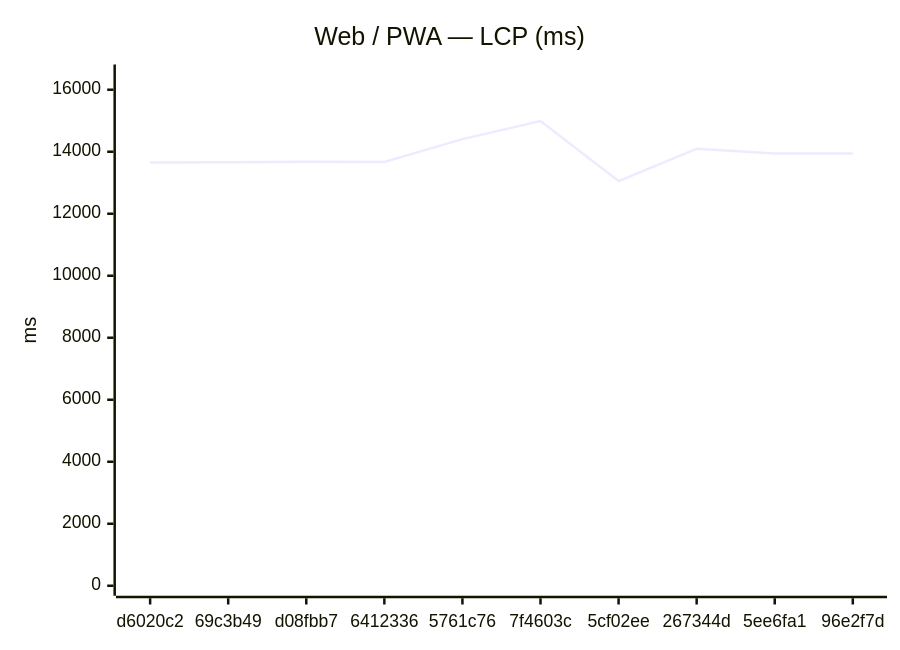
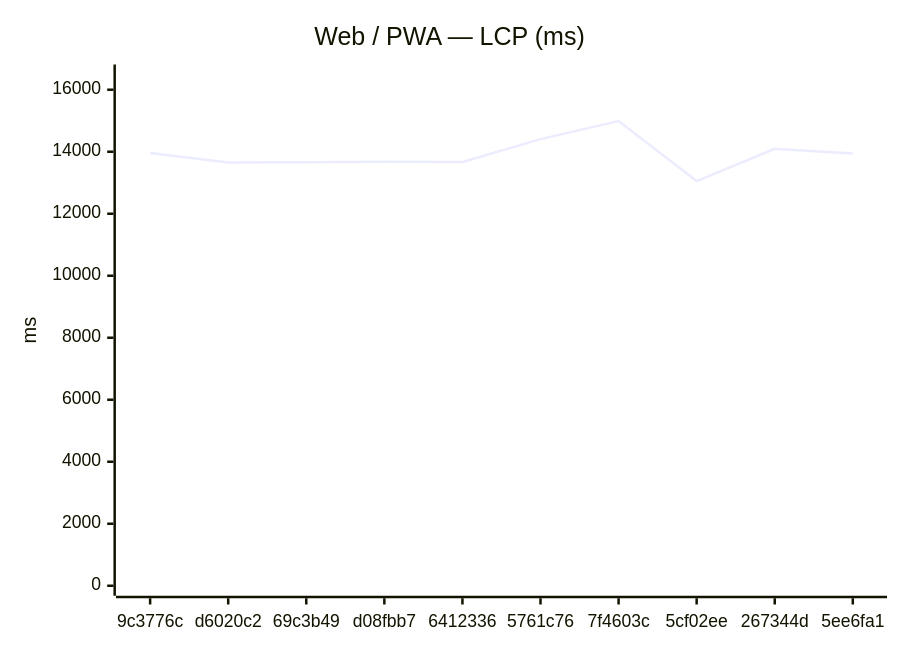
Before and after one commit to Metaheurist/Rianell: the first of 18 diagrams in benchmarks/compare.md, drawn with Mermaid. The commit also changed other lines of this file and 11 other files, not shown here.

````diff
--- a/benchmarks/compare.md
+++ b/benchmarks/compare.md
@@ -24,7 +24,7 @@
 ```mermaid
 xychart-beta
     title "Web / PWA — LCP (ms)"
-    x-axis ["d6020c2", "69c3b49", "d08fbb7", "6412336", "5761c76", "7f4603c", "5cf02ee", "267344d", "5ee6fa1", "96e2f7d"]
+    x-axis ["9c3776c", "d6020c2", "69c3b49", "d08fbb7", "6412336", "5761c76", "7f4603c", "5cf02ee", "267344d", "5ee6fa1"]
     y-axis "ms" 0 --> 16491
-    line [13654, 13664, 13678, 13670, 14406, 14991, 13053, 14092, 13942, 13945]
+    line [13962, 13654, 13664, 13678, 13670, 14406, 14991, 13053, 14092, 13942]
 ```
````
